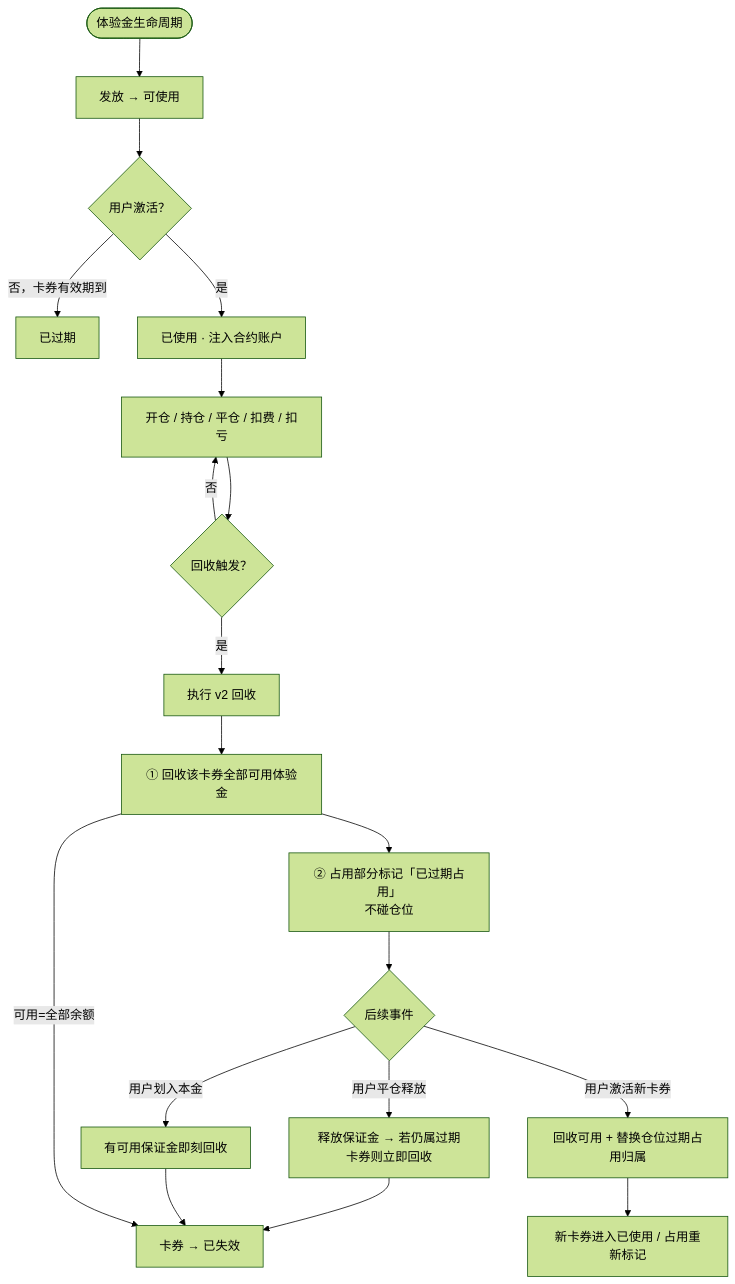
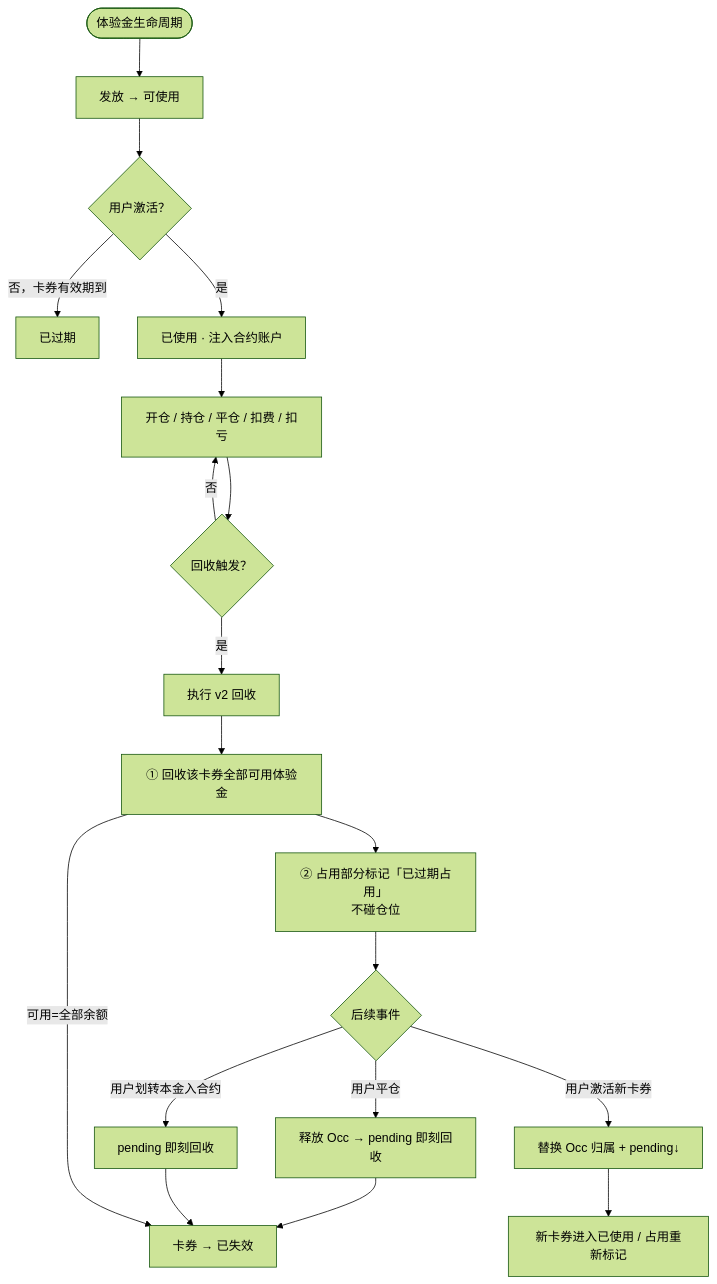
The fourth of 10 diagrams in document/web&后台/体验金回收机制改版方案.md (DashuaibiZZY/prototype), drawn with Mermaid (forest theme) before and after one commit. The commit also changed other lines of this file and 2 other files, not shown here.

First line of the commit message:
文档：澄清双图分工与划转转出回收规则

````diff
--- a/document/web&后台/体验金回收机制改版方案.md
+++ b/document/web&后台/体验金回收机制改版方案.md
@@ -132,25 +156,25 @@
 ```mermaid
 flowchart TB
     START([体验金生命周期]) --> GRANT[发放 → 可使用]
     GRANT --> ACT{用户激活？}
     ACT -->|否，卡券有效期到| EXP1[已过期]
     ACT -->|是| USED[已使用 · 注入合约账户]
 
     USED --> TRADE[开仓 / 持仓 / 平仓 / 扣费 / 扣亏]
     TRADE --> TRIGGER{回收触发？}
 
     TRIGGER -->|否| TRADE
     TRIGGER -->|是| RCY[执行 v2 回收]
 
     RCY --> STEP1[① 回收该卡券全部可用体验金]
     STEP1 --> STEP2[② 占用部分标记「已过期占用」<br/>不碰仓位]
     STEP2 --> STEP3{后续事件}
-    STEP3 -->|用户平仓释放| REL[释放保证金 → 若仍属过期卡券则立即回收]
-    STEP3 -->|用户划入本金| TRANS[有可用保证金即刻回收]
-    STEP3 -->|用户激活新卡券| NEW[回收可用 + 替换仓位过期占用归属]
+    STEP3 -->|用户平仓| REL[释放 Occ → pending 即刻回收]
+    STEP3 -->|用户划转本金入合约| TRANS[pending 即刻回收]
+    STEP3 -->|用户激活新卡券| NEW[替换 Occ 归属 + pending↓]
 
     REL --> INVALID[卡券 → 已失效]
     TRANS --> INVALID
     NEW --> USED2[新卡券进入已使用 / 占用重新标记]
     STEP1 -->|可用=全部余额| INVALID
 ```
````
